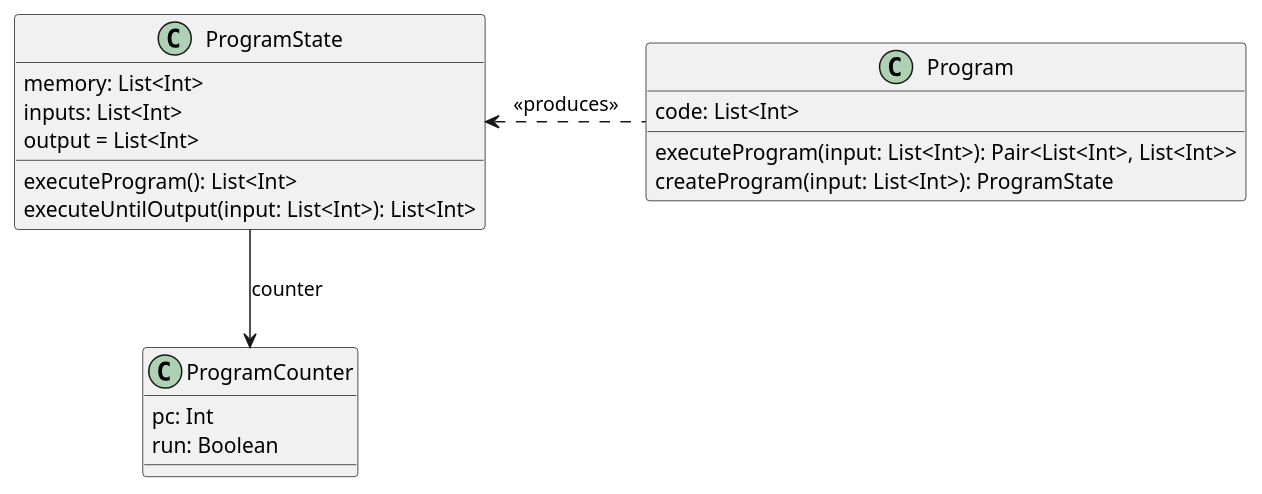
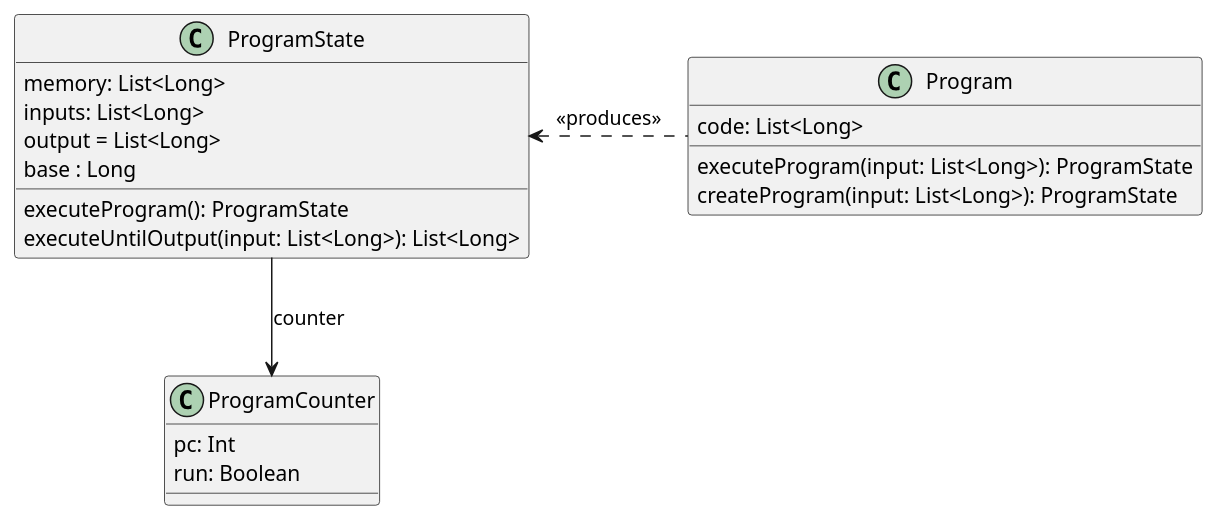
Before and after one commit to docToolchain/aoc-2019: the diagram in day09/kotlin/corneil/README.adoc, drawn with PlantUML. The commit also changed other lines of this file and 1 other file, not shown here.

Commit message:
Day 9 - Solution

```diff
--- a/day09/kotlin/corneil/README.adoc
+++ b/day09/kotlin/corneil/README.adoc
@@ -9,29 +9,30 @@
 [plantuml]
 ----
 @startuml
 class ProgramCounter {
     pc: Int
     run: Boolean
 }
 
 class ProgramState {
-    memory: List<Int>
-    inputs: List<Int>
-    output = List<Int>
-    executeProgram(): List<Int>
-    executeUntilOutput(input: List<Int>): List<Int>
+    memory: List<Long>
+    inputs: List<Long>
+    output = List<Long>
+    base : Long
+    executeProgram(): ProgramState
+    executeUntilOutput(input: List<Long>): List<Long>
 }
 
 ProgramState --> ProgramCounter: counter
 
 class Program {
-    code: List<Int>
+    code: List<Long>
 
-    executeProgram(input: List<Int>): Pair<List<Int>, List<Int>>
-    createProgram(input: List<Int>): ProgramState
+    executeProgram(input: List<Long>): ProgramState
+    createProgram(input: List<Long>): ProgramState
 }
 
 Program ..left..> ProgramState: <<produces>>
 
 @enduml
 ----
```
